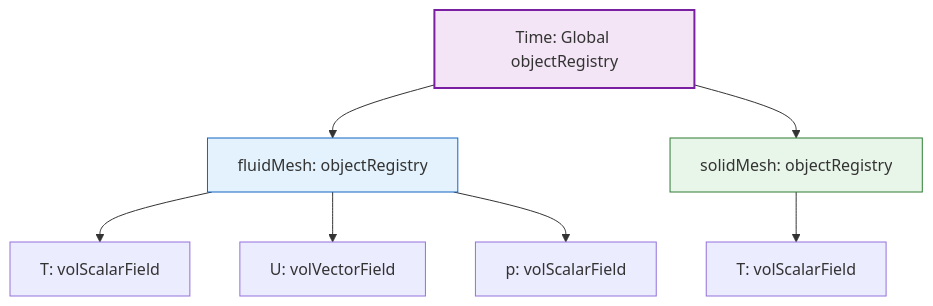
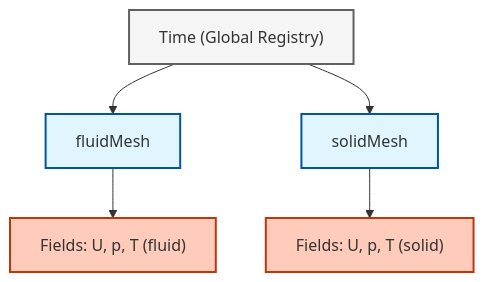
One commit to wramet/build-my-cfd changed the second of 3 diagrams in MODULE_06_ADVANCED_PHYSICS/CONTENT/02_COUPLED_PHYSICS/03_Object_Registry_Architecture.md. Above: the diagram before and after it, drawn with Mermaid. The commit also changed other lines of this file and 313 other files, not shown here.

Commit message:
Revise all diagram

````diff
--- a/MODULE_06_ADVANCED_PHYSICS/CONTENT/02_COUPLED_PHYSICS/03_Object_Registry_Architecture.md
+++ b/MODULE_06_ADVANCED_PHYSICS/CONTENT/02_COUPLED_PHYSICS/03_Object_Registry_Architecture.md
@@ -551,15 +552,16 @@
 ```mermaid
-flowchart TD
-    Time[Time: Global objectRegistry] --> FM[fluidMesh: objectRegistry]
-    Time --> SM[solidMesh: objectRegistry]
+graph TD
+classDef implicit fill:#e1f5fe,stroke:#01579b,stroke-width:2px
+classDef explicit fill:#ffccbc,stroke:#bf360c,stroke-width:2px
+classDef context fill:#f5f5f5,stroke:#616161,stroke-width:2px
+Time["Time (Global Registry)"]:::context
+FM["fluidMesh"]:::implicit
+SM["solidMesh"]:::implicit
+Fields1["Fields: U, p, T (fluid)"]:::explicit
+Fields2["Fields: U, p, T (solid)"]:::explicit
 
-    FM --> FT[T: volScalarField]
-    FM --> FU[U: volVectorField]
-    FM --> FP[p: volScalarField]
-
-    SM --> ST[T: volScalarField]
-
-    style Time fill:#f3e5f5,stroke:#7b1fa2,stroke-width:2px
-    style FM fill:#e3f2fd,stroke:#1565c0
-    style SM fill:#e8f5e9,stroke:#2e7d32
+Time --> FM
+Time --> SM
+FM --> Fields1
+SM --> Fields2
 ```
````
